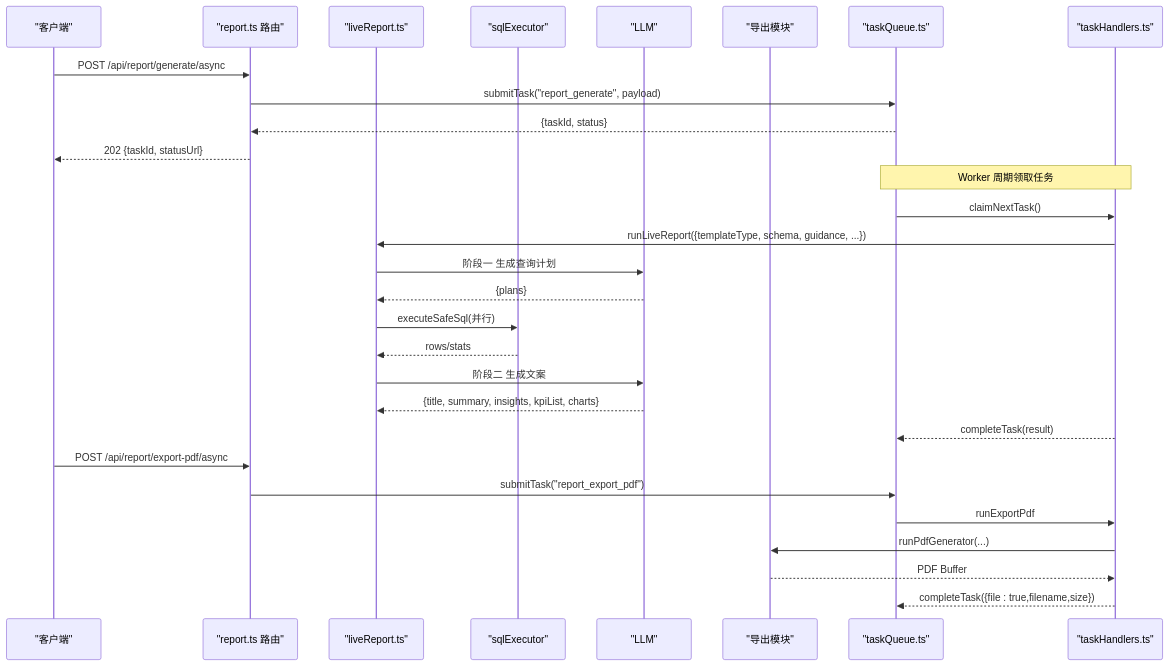
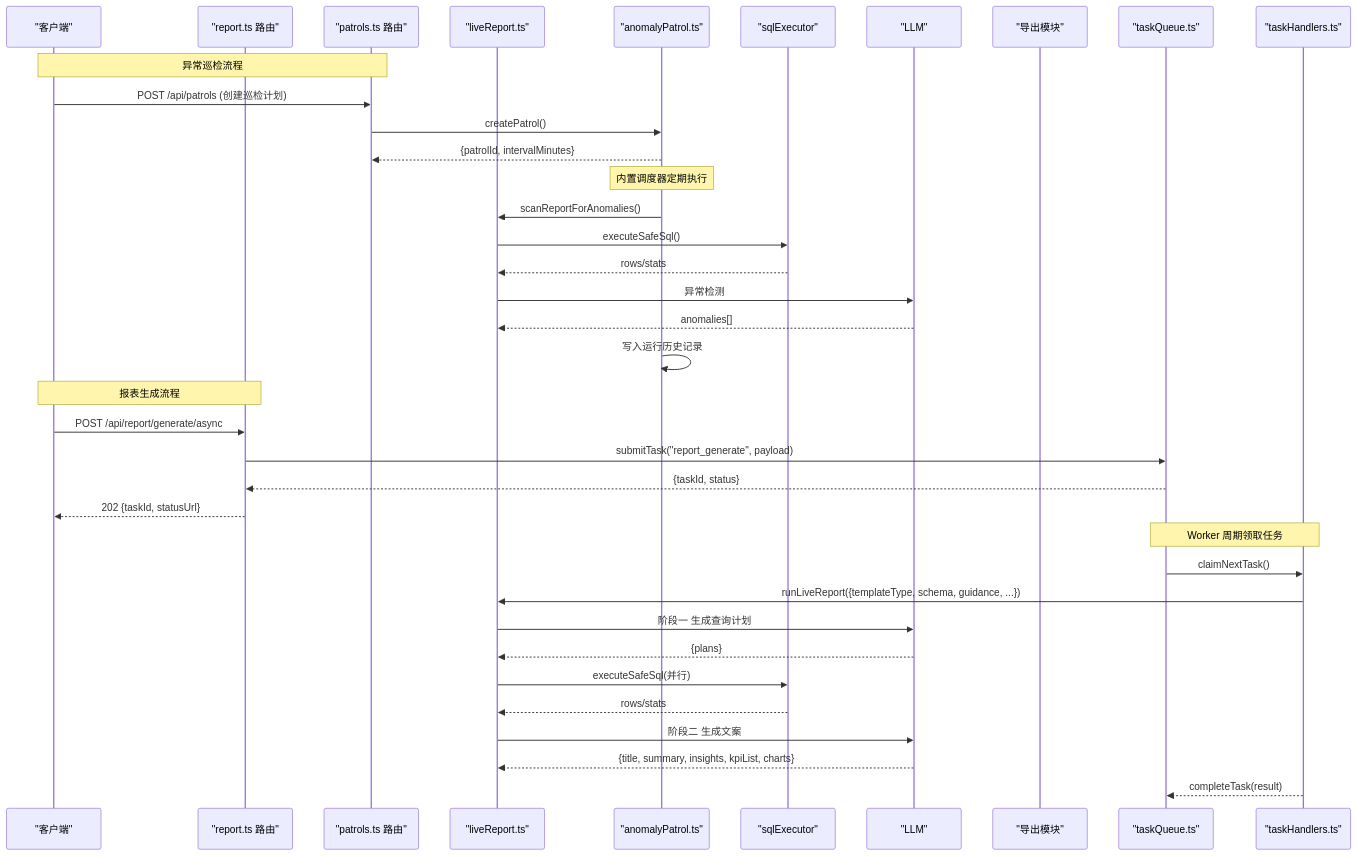
Before and after one commit to dgjin/smart-data-analytics: the second of 6 diagrams in .qoder/repowiki/zh/content/API参考/报表API.md, drawn with Mermaid. The commit also changed other lines of this file and 82 other files, not shown here.

````diff
--- a/.qoder/repowiki/zh/content/API参考/报表API.md
+++ b/.qoder/repowiki/zh/content/API参考/报表API.md
@@ -143,31 +183,39 @@
 ```mermaid
 sequenceDiagram
 participant C as "客户端"
 participant R as "report.ts 路由"
+participant PR as "patrols.ts 路由"
 participant LR as "liveReport.ts"
+participant AP as "anomalyPatrol.ts"
 participant SQ as "sqlExecutor"
 participant LLM as "LLM"
 participant EX as "导出模块"
 participant TQ as "taskQueue.ts"
 participant TH as "taskHandlers.ts"
+Note over C,PR : 异常巡检流程
+C->>PR : POST /api/patrols (创建巡检计划)
+PR->>AP : createPatrol()
+AP-->>PR : {patrolId, intervalMinutes}
+Note over AP : 内置调度器定期执行
+AP->>LR : scanReportForAnomalies()
+LR->>SQ : executeSafeSql()
+SQ-->>LR : rows/stats
+LR->>LLM : 异常检测
+LLM-->>LR : anomalies[]
+AP->>AP : 写入运行历史记录
+Note over C,R : 报表生成流程
 C->>R : POST /api/report/generate/async
 R->>TQ : submitTask("report_generate", payload)
 TQ-->>R : {taskId, status}
 R-->>C : 202 {taskId, statusUrl}
 Note over TQ,TH : Worker 周期领取任务
 TQ->>TH : claimNextTask()
 TH->>LR : runLiveReport({templateType, schema, guidance, ...})
 LR->>LLM : 阶段一 生成查询计划
 LLM-->>LR : {plans}
 LR->>SQ : executeSafeSql(并行)
 SQ-->>LR : rows/stats
 LR->>LLM : 阶段二 生成文案
 LLM-->>LR : {title, summary, insights, kpiList, charts}
 TH-->>TQ : completeTask(result)
-C->>R : POST /api/report/export-pdf/async
-R->>TQ : submitTask("report_export_pdf")
-TQ->>TH : runExportPdf
-TH->>EX : runPdfGenerator(...)
-EX-->>TH : PDF Buffer
-TH-->>TQ : completeTask({file : true,filename,size})
 ```
````
